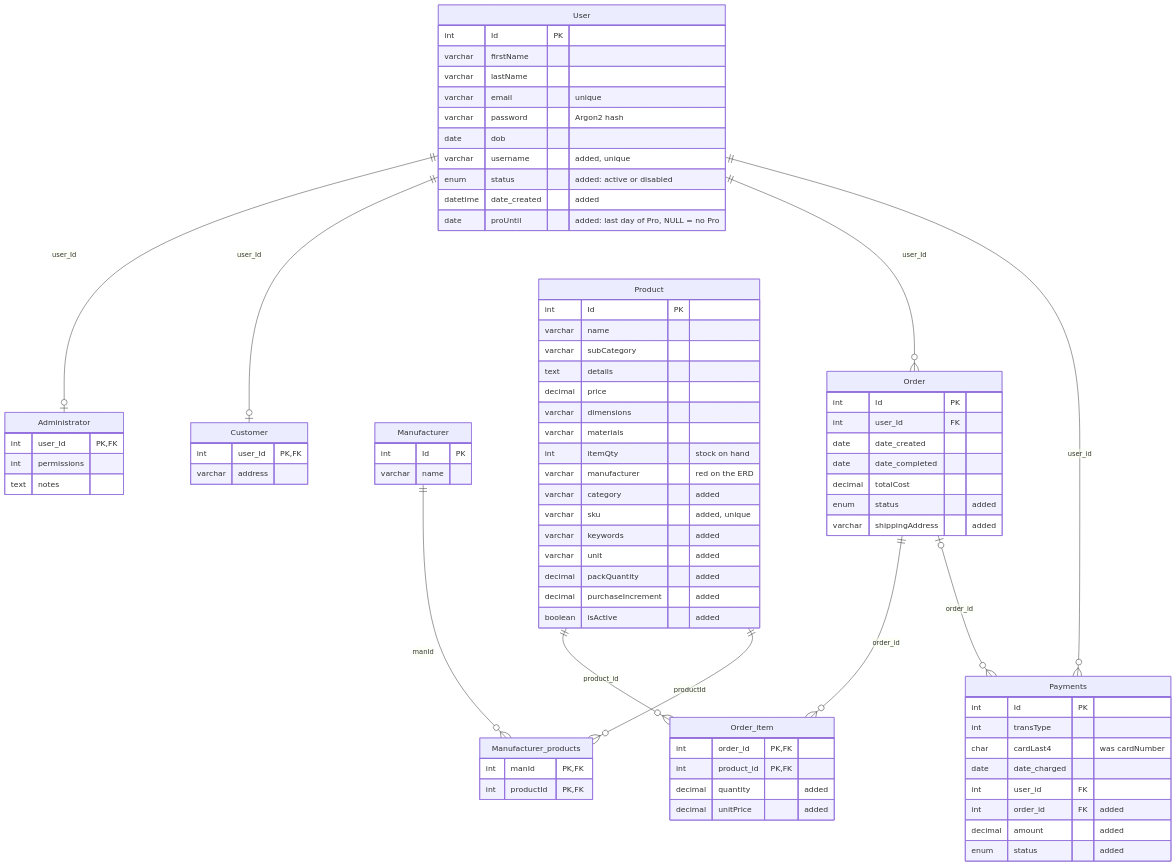
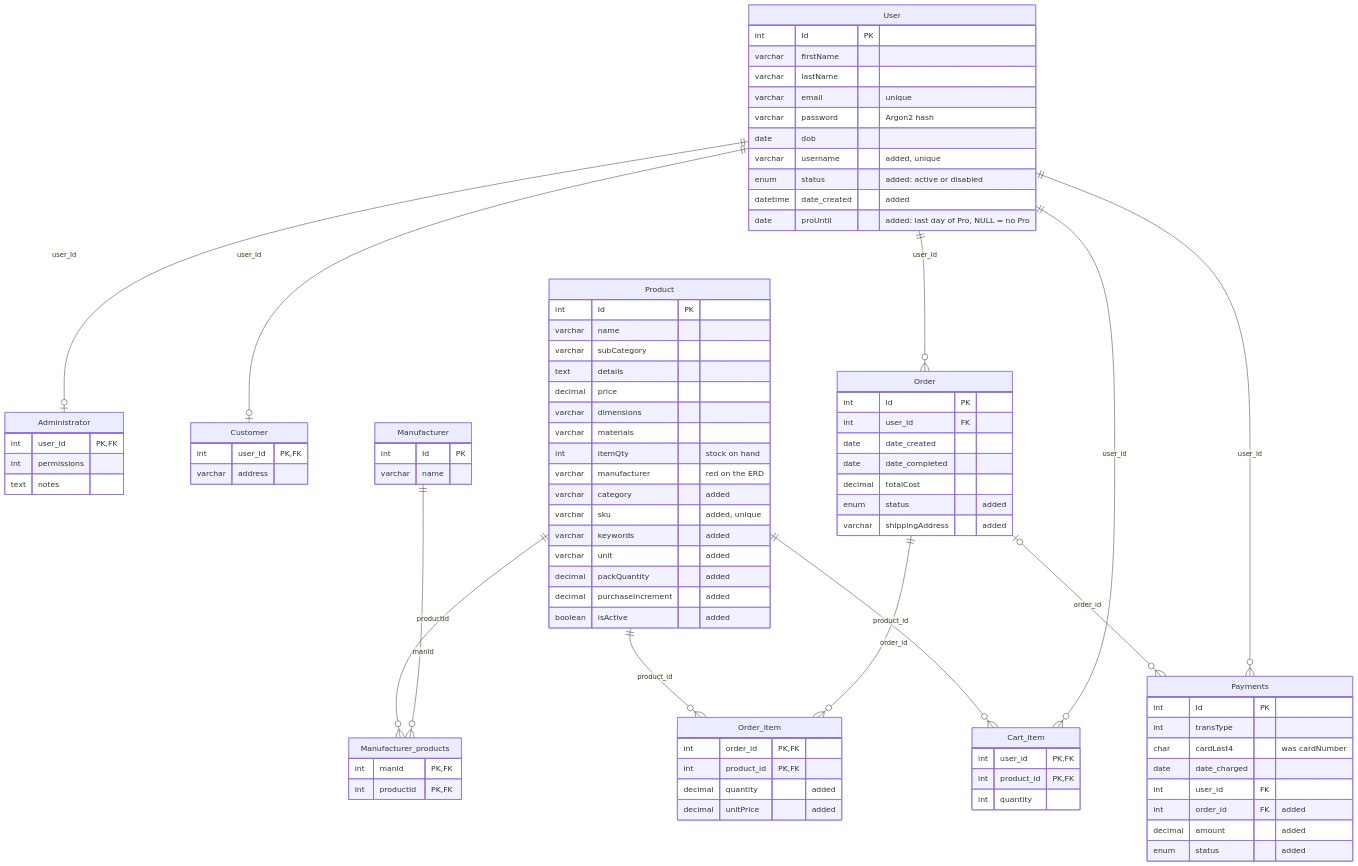
Before and after one commit to Matthewh1225/Group-Class-Construction-Website: the first of 2 diagrams in docs/database_erd.md, drawn with Mermaid. The commit also changed other lines of this file and 28 other files, not shown here.

```diff
--- a/docs/database_erd.md
+++ b/docs/database_erd.md
@@ -67,6 +67,11 @@
         decimal quantity "added"
         decimal unitPrice "added"
     }
+    Cart_item {
+        int user_id PK, FK
+        int product_id PK, FK
+        int quantity
+    }
     Payments {
         int Id PK
         int transType
@@ -83,6 +88,8 @@
     User ||--o{ Payments : "user_id"
     Order ||--o{ Order_item : "order_id"
     Product ||--o{ Order_item : "product_id"
+    User ||--o{ Cart_item : "user_id"
+    Product ||--o{ Cart_item : "product_id"
     Order |o--o{ Payments : "order_id"
     Manufacturer ||--o{ Manufacturer_products : "manId"
     Product ||--o{ Manufacturer_products : "productId"
```
